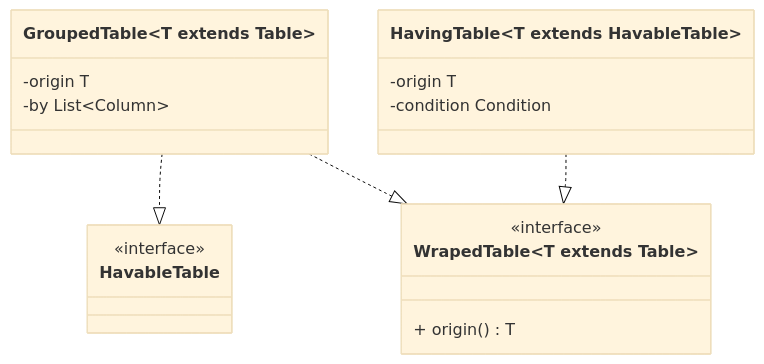
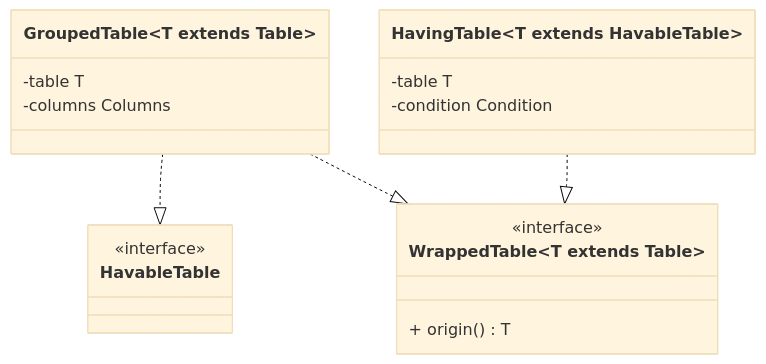
One commit to safarislava/QueryBricks changed the fourth of 13 diagrams in docs/domain.md. Above: the diagram before and after it, drawn with Mermaid (base theme). The commit also changed other lines of this file, not shown here.

````diff
--- a/docs/domain.md
+++ b/docs/domain.md
@@ -132,24 +132,24 @@
 ```mermaid
 classDiagram
     class HavableTable {
         <<interface>>
     }
 
-    class WrapedTable~T extends Table~ {
+    class WrappedTable~T extends Table~ {
         <<interface>>
         + origin() T
     }
 
     class GroupedTable~T extends Table~ {
-        -origin T
-        -by List~Column~
+        -table T
+        -columns Columns
     }
     GroupedTable ..|> HavableTable
-    GroupedTable ..|> WrapedTable~T~
+    GroupedTable ..|> WrappedTable~T~
 
     class HavingTable~T extends HavableTable~ {
-        -origin T
+        -table T
         -condition Condition
     }
-    HavingTable ..|> WrapedTable~T~
+    HavingTable ..|> WrappedTable~T~
 ```
````
